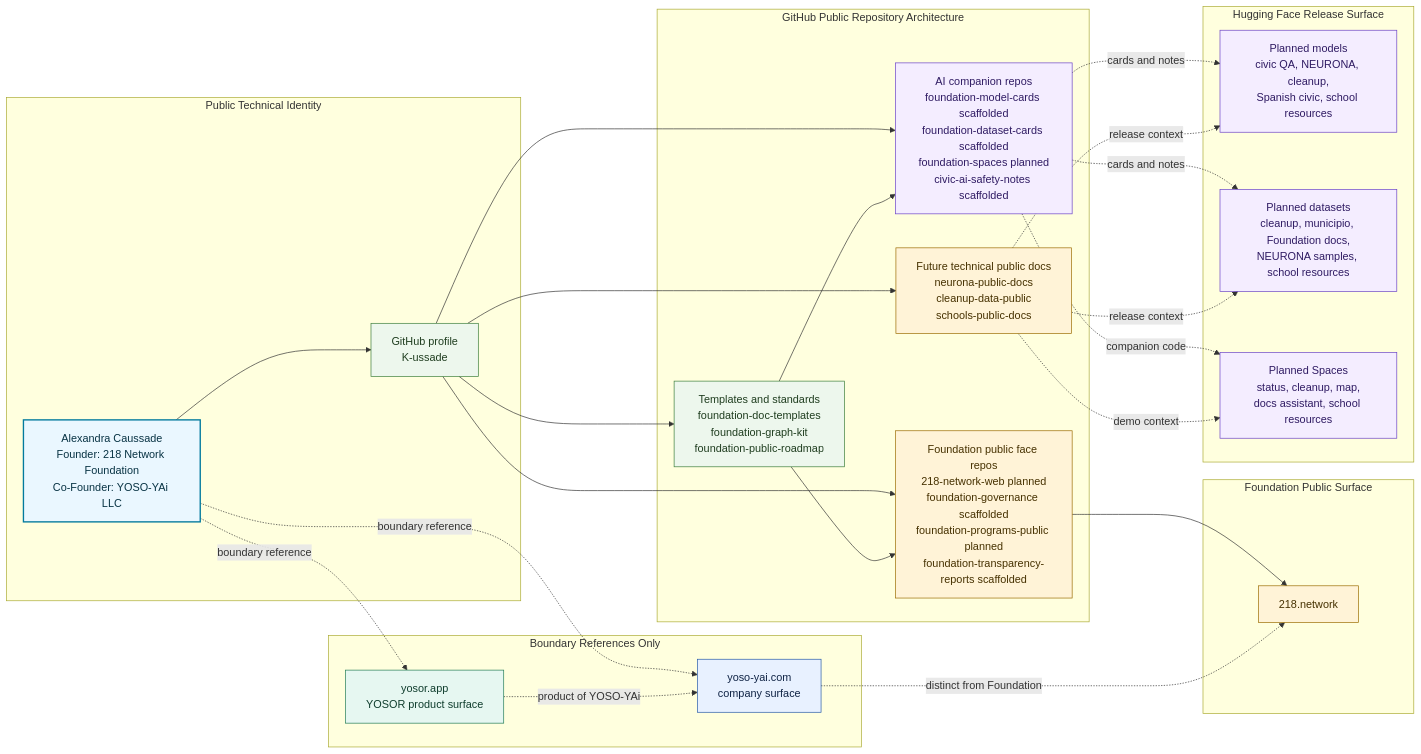
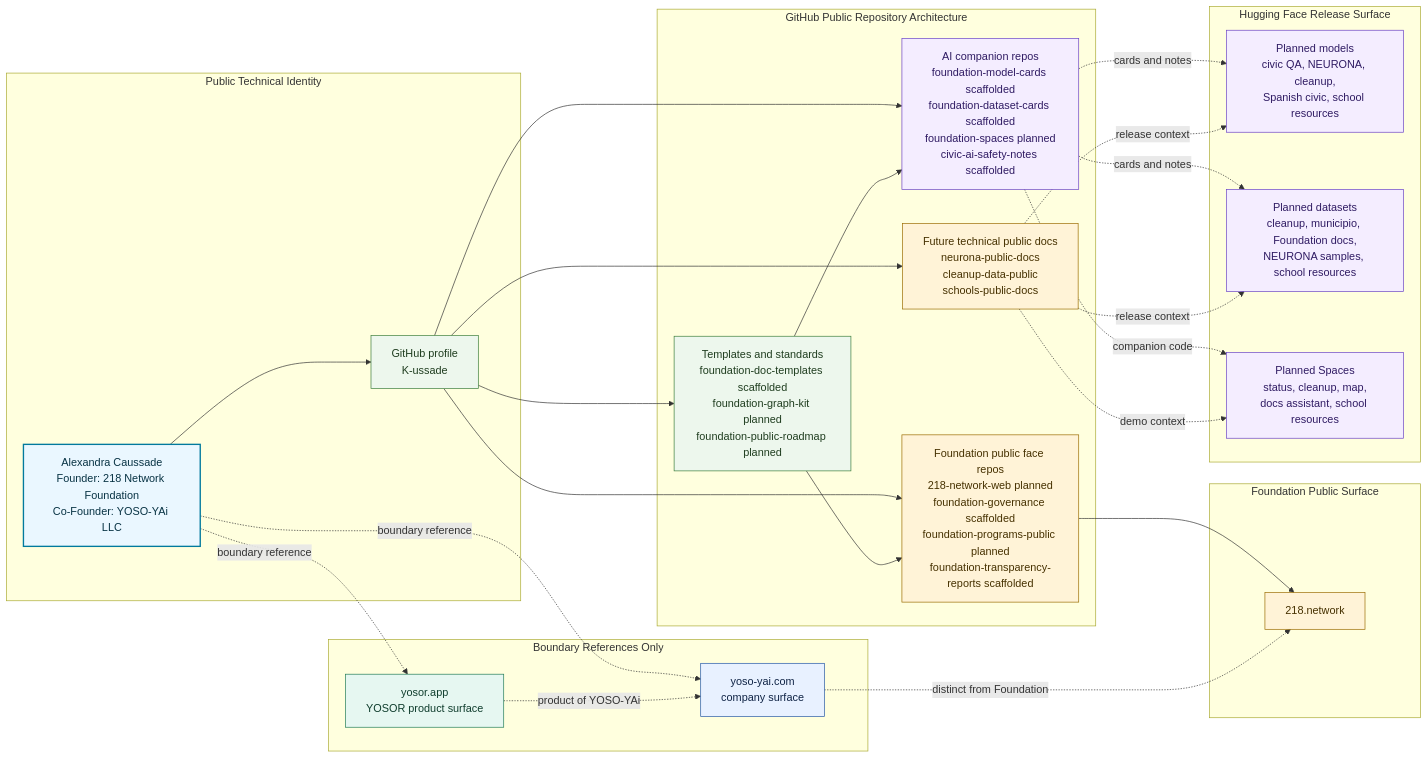
The first of 2 diagrams in VISUALS.md (K-ussade/K-ussade), drawn with Mermaid before and after one commit. The commit also changed 1 other file, not shown here.

Commit message:
Link scaffolded Foundation doc templates

````diff
--- a/VISUALS.md
+++ b/VISUALS.md
@@ -9,55 +9,55 @@
 ```mermaid
 flowchart LR
   subgraph identity["Public Technical Identity"]
     alexandra["Alexandra Caussade<br/>Founder: 218 Network Foundation<br/>Co-Founder: YOSO-YAi LLC"]:::authority
     profile["GitHub profile<br/>K-ussade"]:::public
   end
 
   subgraph foundationDomain["Foundation Public Surface"]
     network["218.network"]:::foundation
   end
 
   subgraph boundaryRefs["Boundary References Only"]
     yoso["yoso-yai.com<br/>company surface"]:::company
     yosor["yosor.app<br/>YOSOR product surface"]:::product
   end
 
   subgraph github["GitHub Public Repository Architecture"]
     publicFace["Foundation public face repos<br/>218-network-web planned<br/>foundation-governance scaffolded<br/>foundation-programs-public planned<br/>foundation-transparency-reports scaffolded"]:::foundation
     aiCompanions["AI companion repos<br/>foundation-model-cards scaffolded<br/>foundation-dataset-cards scaffolded<br/>foundation-spaces planned<br/>civic-ai-safety-notes scaffolded"]:::release
-    standards["Templates and standards<br/>foundation-doc-templates<br/>foundation-graph-kit<br/>foundation-public-roadmap"]:::public
+    standards["Templates and standards<br/>foundation-doc-templates scaffolded<br/>foundation-graph-kit planned<br/>foundation-public-roadmap planned"]:::public
     programDocs["Future technical public docs<br/>neurona-public-docs<br/>cleanup-data-public<br/>schools-public-docs"]:::foundation
   end
 
   subgraph hf["Hugging Face Release Surface"]
     models["Planned models<br/>civic QA, NEURONA, cleanup,<br/>Spanish civic, school resources"]:::release
     datasets["Planned datasets<br/>cleanup, municipio, Foundation docs,<br/>NEURONA samples, school resources"]:::release
     spaces["Planned Spaces<br/>status, cleanup, map,<br/>docs assistant, school resources"]:::release
   end
 
   alexandra --> profile
   profile --> publicFace
   profile --> aiCompanions
   profile --> standards
   profile --> programDocs
   publicFace --> network
   aiCompanions -. cards and notes .-> models
   aiCompanions -. cards and notes .-> datasets
   aiCompanions -. companion code .-> spaces
   standards --> publicFace
   standards --> aiCompanions
   programDocs -. release context .-> models
   programDocs -. release context .-> datasets
   programDocs -. demo context .-> spaces
   alexandra -. boundary reference .-> yoso
   alexandra -. boundary reference .-> yosor
   yoso -. distinct from Foundation .-> network
   yosor -. product of YOSO-YAi .-> yoso
 
   classDef company fill:#e8f1ff,stroke:#2457a6,color:#0f2345;
   classDef product fill:#e6f7f1,stroke:#1f7a55,color:#0f3d2d;
   classDef foundation fill:#fff3d7,stroke:#9a6b00,color:#463100;
   classDef public fill:#edf7ed,stroke:#3a7d3a,color:#1f3d1f;
   classDef release fill:#f4edff,stroke:#6941c6,color:#2f1b63;
   classDef authority fill:#eaf7ff,stroke:#027a9d,stroke-width:2px,color:#083344;
 ```
````
